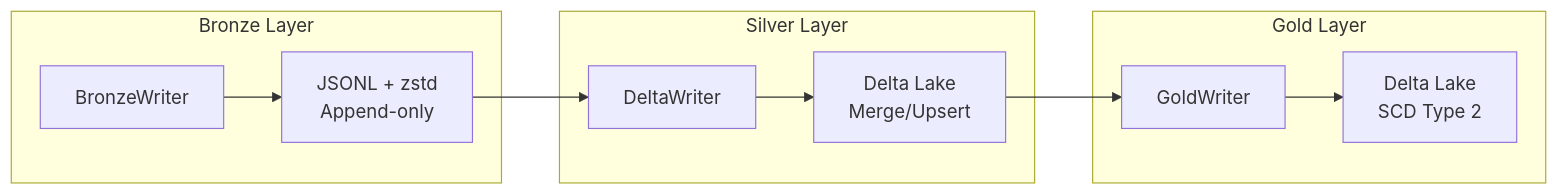
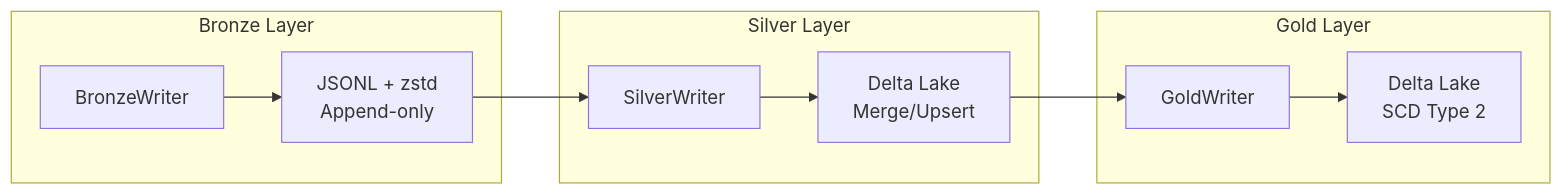
Before and after one commit to SatoryKono/BioactivityDataAcquisition: the diagram in docs/04-reference/api/infrastructure/storage.md, drawn with Mermaid. The commit also changed other lines of this file and 14 other files, not shown here.

First line of the commit message:
refactor(storage): rename DeltaWriter to SilverWriter for Medallion naming consistency

````diff
--- a/docs/04-reference/api/infrastructure/storage.md
+++ b/docs/04-reference/api/infrastructure/storage.md
@@ -7,23 +7,23 @@
 ```mermaid
 flowchart LR
     subgraph Bronze["Bronze Layer"]
         BW[BronzeWriter]
         BF["JSONL + zstd<br/>Append-only"]
     end
 
     subgraph Silver["Silver Layer"]
-        DW[DeltaWriter]
+        SW[SilverWriter]
         SF["Delta Lake<br/>Merge/Upsert"]
     end
 
     subgraph Gold["Gold Layer"]
         GW[GoldWriter]
         GF["Delta Lake<br/>SCD Type 2"]
     end
 
     BW --> BF
-    DW --> SF
+    SW --> SF
     GW --> GF
-    BF --> DW
+    BF --> SW
     SF --> GW
 ```
````
